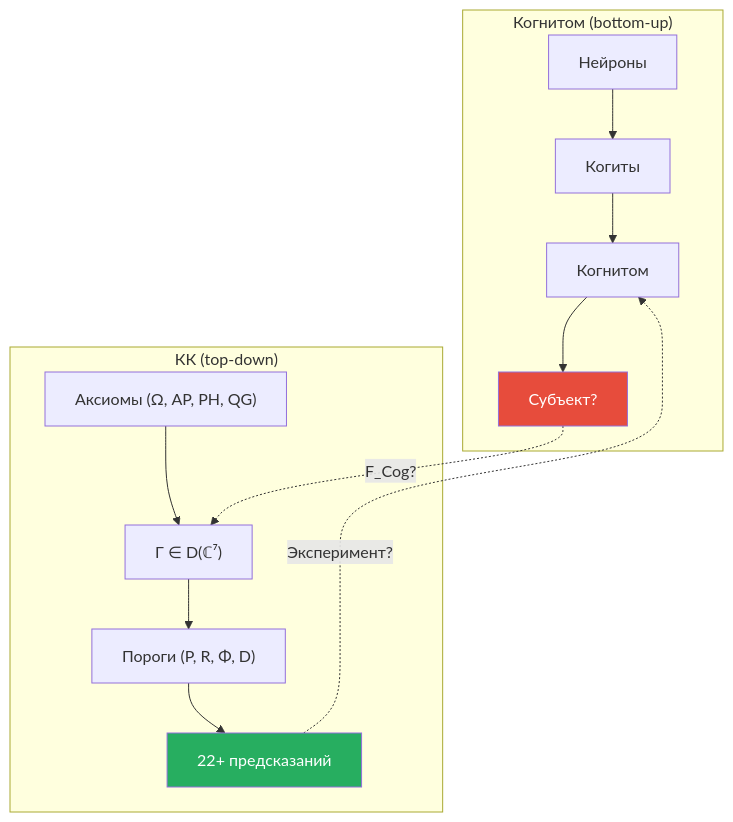
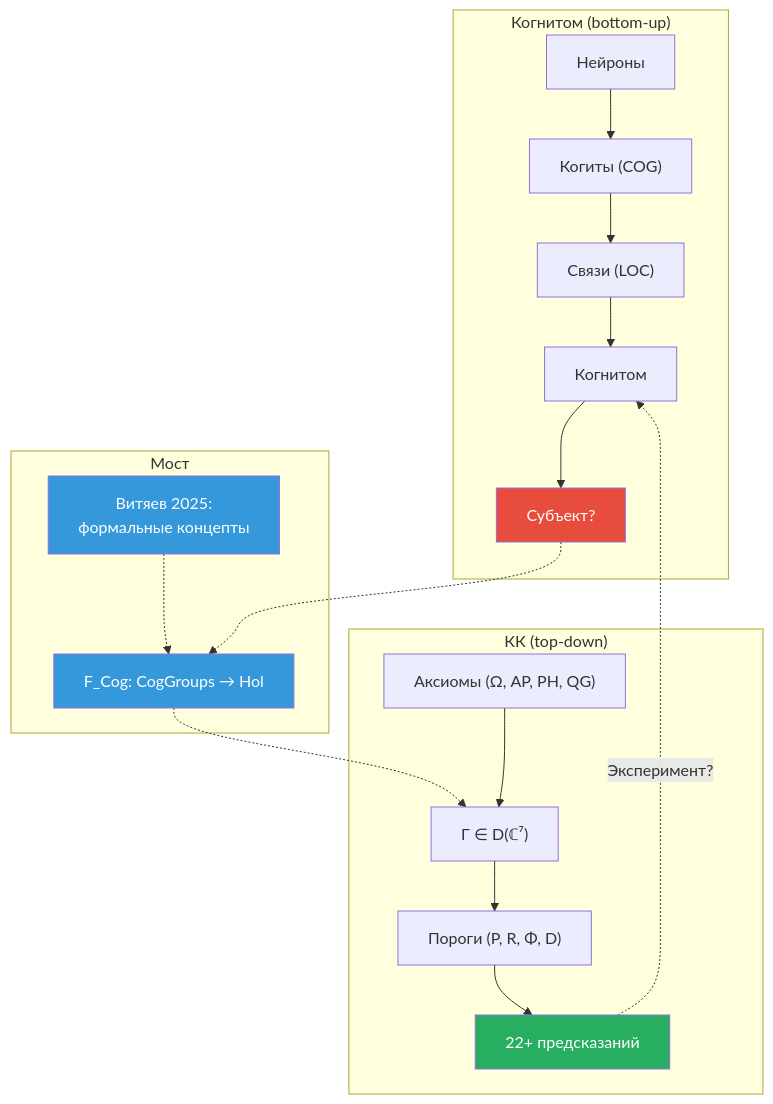
The second of 2 diagrams in website/i18n/ru/docusaurus-plugin-content-docs/current/consciousness/comparative/cognitome-anokhin.md (gst-st/uhm), drawn with Mermaid before and after one commit. The commit also changed other lines of this file and 79 other files, not shown here.

````diff
--- a/website/i18n/ru/docusaurus-plugin-content-docs/current/consciousness/comparative/cognitome-anokhin.md
+++ b/website/i18n/ru/docusaurus-plugin-content-docs/current/consciousness/comparative/cognitome-anokhin.md
@@ -366,20 +561,30 @@
 ```mermaid
 graph TD
     subgraph "Когнитом (bottom-up)"
-        N["Нейроны"] --> CG["Когиты"]
-        CG --> KOM["Когнитом"]
+        N["Нейроны"] --> CG["Когиты (COG)"]
+        CG --> LOC["Связи (LOC)"]
+        LOC --> KOM["Когнитом"]
         KOM --> SUBJ["Субъект?"]
     end
 
     subgraph "КК (top-down)"
         AX["Аксиомы (Ω, AP, PH, QG)"] --> GAM["Γ ∈ D(ℂ⁷)"]
         GAM --> THRES["Пороги (P, R, Φ, D)"]
         THRES --> PRED["22+ предсказаний"]
     end
 
-    SUBJ -.->|"F_Cog?"| GAM
+    subgraph "Мост"
+        VIT["Витяев 2025:<br/>формальные концепты"]
+        FUNC["F_Cog: CogGroups → Hol"]
+    end
+
+    SUBJ -.-> FUNC
+    FUNC -.-> GAM
+    VIT -.-> FUNC
     PRED -.->|"Эксперимент?"| KOM
 
     style SUBJ fill:#e74c3c,color:#fff
     style PRED fill:#27ae60,color:#fff
+    style FUNC fill:#3498db,color:#fff
+    style VIT fill:#3498db,color:#fff
 ```
````
